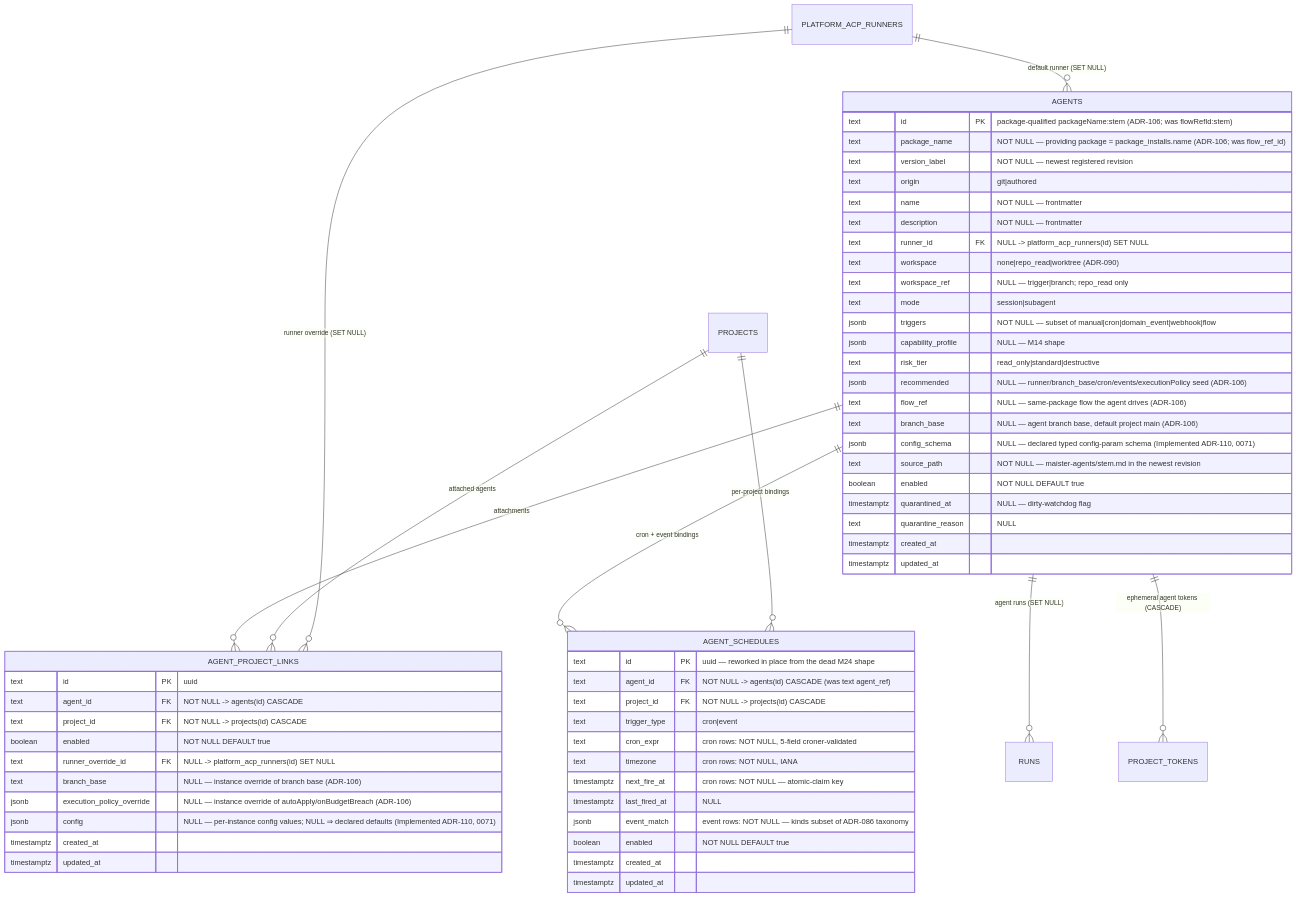
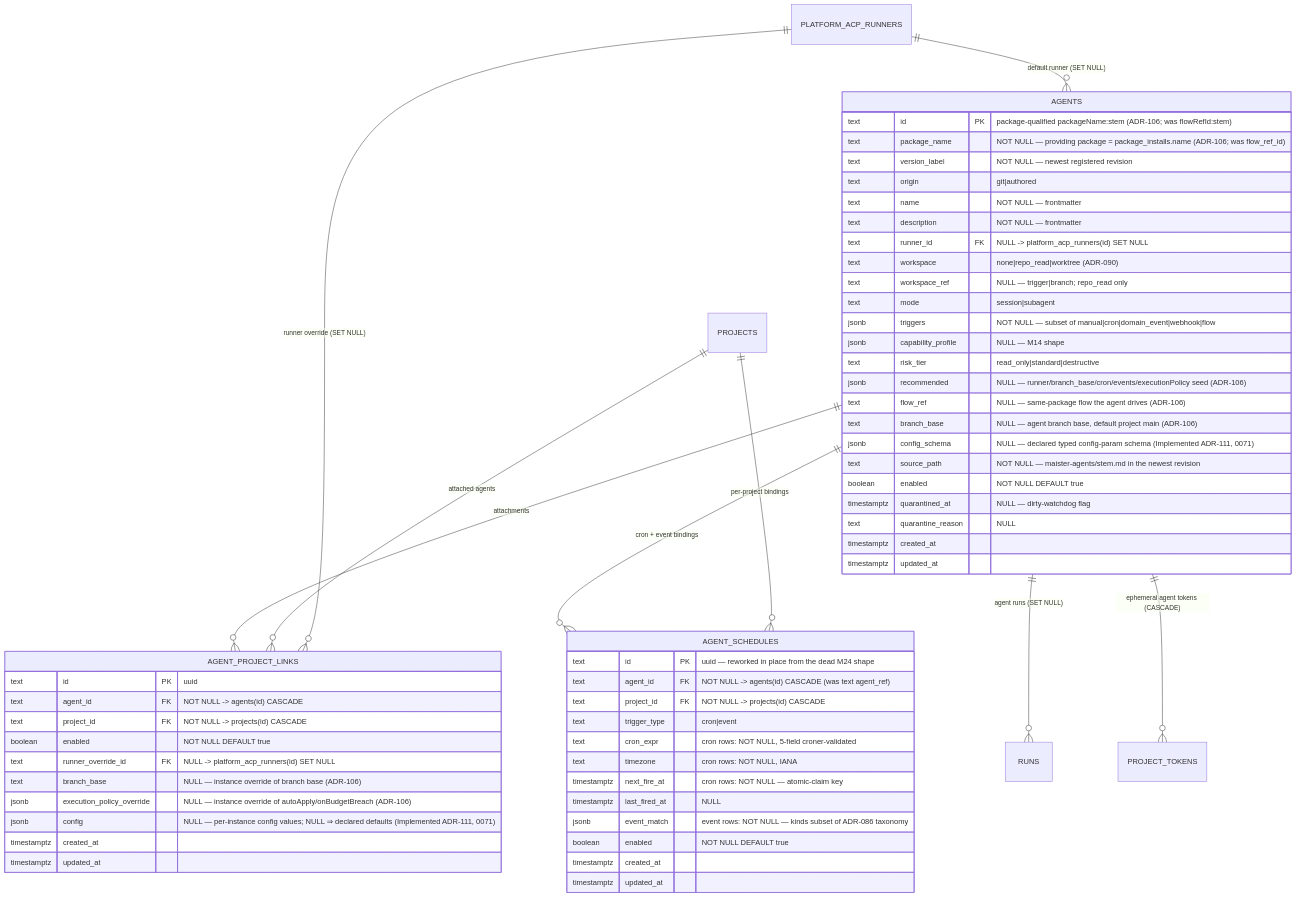
One commit to maister-dev/maister changed the diagram in docs/db/agents-domain.md. Above: the diagram before and after it, drawn with Mermaid. The commit also changed 49 other files, not shown here.

First line of the commit message:
docs(adr): renumber agent-config/triager ADR-110→111, ADR-111→112

````diff
--- a/docs/db/agents-domain.md
+++ b/docs/db/agents-domain.md
@@ -25,65 +25,65 @@
 ```mermaid
 erDiagram
     PLATFORM_ACP_RUNNERS ||--o{ AGENTS : "default runner (SET NULL)"
     AGENTS ||--o{ AGENT_PROJECT_LINKS : "attachments"
     PROJECTS ||--o{ AGENT_PROJECT_LINKS : "attached agents"
     PLATFORM_ACP_RUNNERS ||--o{ AGENT_PROJECT_LINKS : "runner override (SET NULL)"
     AGENTS ||--o{ AGENT_SCHEDULES : "cron + event bindings"
     PROJECTS ||--o{ AGENT_SCHEDULES : "per-project bindings"
     AGENTS ||--o{ RUNS : "agent runs (SET NULL)"
     AGENTS ||--o{ PROJECT_TOKENS : "ephemeral agent tokens (CASCADE)"
 
     AGENTS {
         text id PK "package-qualified packageName:stem (ADR-106; was flowRefId:stem)"
         text package_name "NOT NULL — providing package = package_installs.name (ADR-106; was flow_ref_id)"
         text version_label "NOT NULL — newest registered revision"
         text origin "git|authored"
         text name "NOT NULL — frontmatter"
         text description "NOT NULL — frontmatter"
         text runner_id FK "NULL -> platform_acp_runners(id) SET NULL"
         text workspace "none|repo_read|worktree (ADR-090)"
         text workspace_ref "NULL — trigger|branch; repo_read only"
         text mode "session|subagent"
         jsonb triggers "NOT NULL — subset of manual|cron|domain_event|webhook|flow"
         jsonb capability_profile "NULL — M14 shape"
         text risk_tier "read_only|standard|destructive"
         jsonb recommended "NULL — runner/branch_base/cron/events/executionPolicy seed (ADR-106)"
         text flow_ref "NULL — same-package flow the agent drives (ADR-106)"
         text branch_base "NULL — agent branch base, default project main (ADR-106)"
-        jsonb config_schema "NULL — declared typed config-param schema (Implemented ADR-110, 0071)"
+        jsonb config_schema "NULL — declared typed config-param schema (Implemented ADR-111, 0071)"
         text source_path "NOT NULL — maister-agents/stem.md in the newest revision"
         boolean enabled "NOT NULL DEFAULT true"
         timestamptz quarantined_at "NULL — dirty-watchdog flag"
         text quarantine_reason "NULL"
         timestamptz created_at
         timestamptz updated_at
     }
 
     AGENT_PROJECT_LINKS {
         text id PK "uuid"
         text agent_id FK "NOT NULL -> agents(id) CASCADE"
         text project_id FK "NOT NULL -> projects(id) CASCADE"
         boolean enabled "NOT NULL DEFAULT true"
         text runner_override_id FK "NULL -> platform_acp_runners(id) SET NULL"
         text branch_base "NULL — instance override of branch base (ADR-106)"
         jsonb execution_policy_override "NULL — instance override of autoApply/onBudgetBreach (ADR-106)"
-        jsonb config "NULL — per-instance config values; NULL ⇒ declared defaults (Implemented ADR-110, 0071)"
+        jsonb config "NULL — per-instance config values; NULL ⇒ declared defaults (Implemented ADR-111, 0071)"
         timestamptz created_at
         timestamptz updated_at
     }
 
     AGENT_SCHEDULES {
         text id PK "uuid — reworked in place from the dead M24 shape"
         text agent_id FK "NOT NULL -> agents(id) CASCADE (was text agent_ref)"
         text project_id FK "NOT NULL -> projects(id) CASCADE"
         text trigger_type "cron|event"
         text cron_expr "cron rows: NOT NULL, 5-field croner-validated"
         text timezone "cron rows: NOT NULL, IANA"
         timestamptz next_fire_at "cron rows: NOT NULL — atomic-claim key"
         timestamptz last_fired_at "NULL"
         jsonb event_match "event rows: NOT NULL — kinds subset of ADR-086 taxonomy"
         boolean enabled "NOT NULL DEFAULT true"
         timestamptz created_at
         timestamptz updated_at
     }
 ```
````
